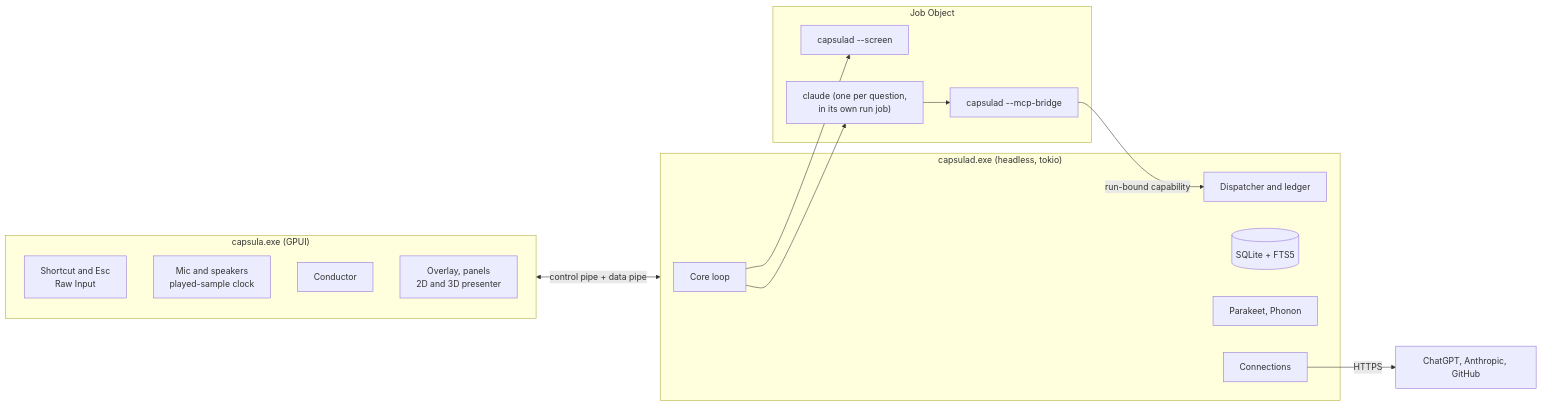
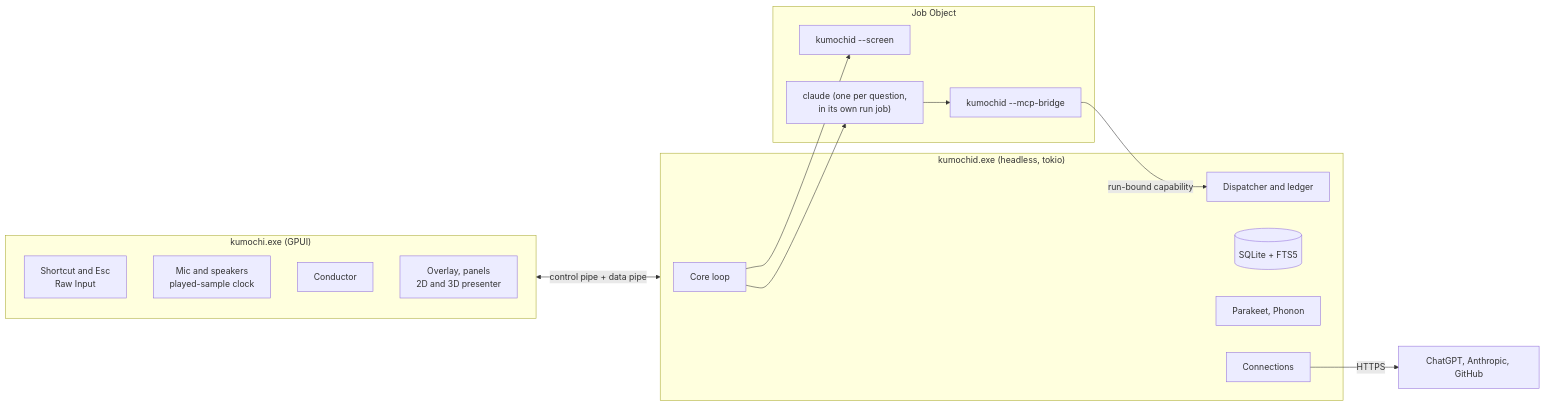
The first of 7 diagrams in docs/development/architecture.md (labcoder/capsula), drawn with Mermaid before and after one commit. The commit also changed other lines of this file and 115 other files, not shown here.

````diff
--- a/docs/development/architecture.md
+++ b/docs/development/architecture.md
@@ -11,27 +11,27 @@
 ```mermaid
 flowchart LR
-  subgraph Shell["capsula.exe (GPUI)"]
+  subgraph Shell["kumochi.exe (GPUI)"]
     In["Shortcut and Esc<br/>Raw Input"]
     Au["Mic and speakers<br/>played-sample clock"]
     Co["Conductor"]
     Pr["Overlay, panels<br/>2D and 3D presenter"]
   end
-  subgraph Brain["capsulad.exe (headless, tokio)"]
+  subgraph Brain["kumochid.exe (headless, tokio)"]
     Core["Core loop"]
     Disp["Dispatcher and ledger"]
     Store[("SQLite + FTS5")]
     Voice["Parakeet, Phonon"]
     Conn["Connections"]
   end
   subgraph Job["Job Object"]
-    Scr["capsulad --screen"]
+    Scr["kumochid --screen"]
     CC["claude (one per question,<br/>in its own run job)"]
-    Br["capsulad --mcp-bridge"]
+    Br["kumochid --mcp-bridge"]
   end
   Shell <-->|"control pipe + data pipe"| Brain
   Core --> Scr
   Core --> CC
   CC --> Br
   Br -->|"run-bound capability"| Disp
   Conn -->|HTTPS| Cloud["ChatGPT, Anthropic, GitHub"]
 ```
````
